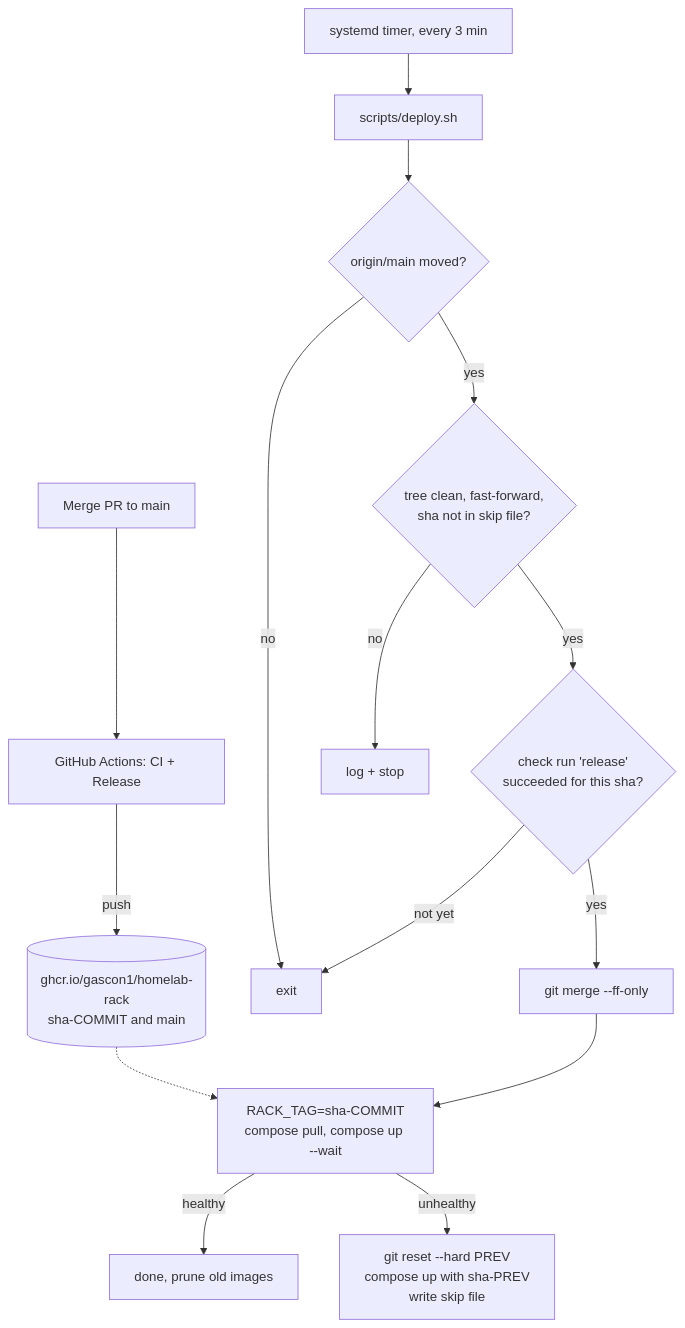
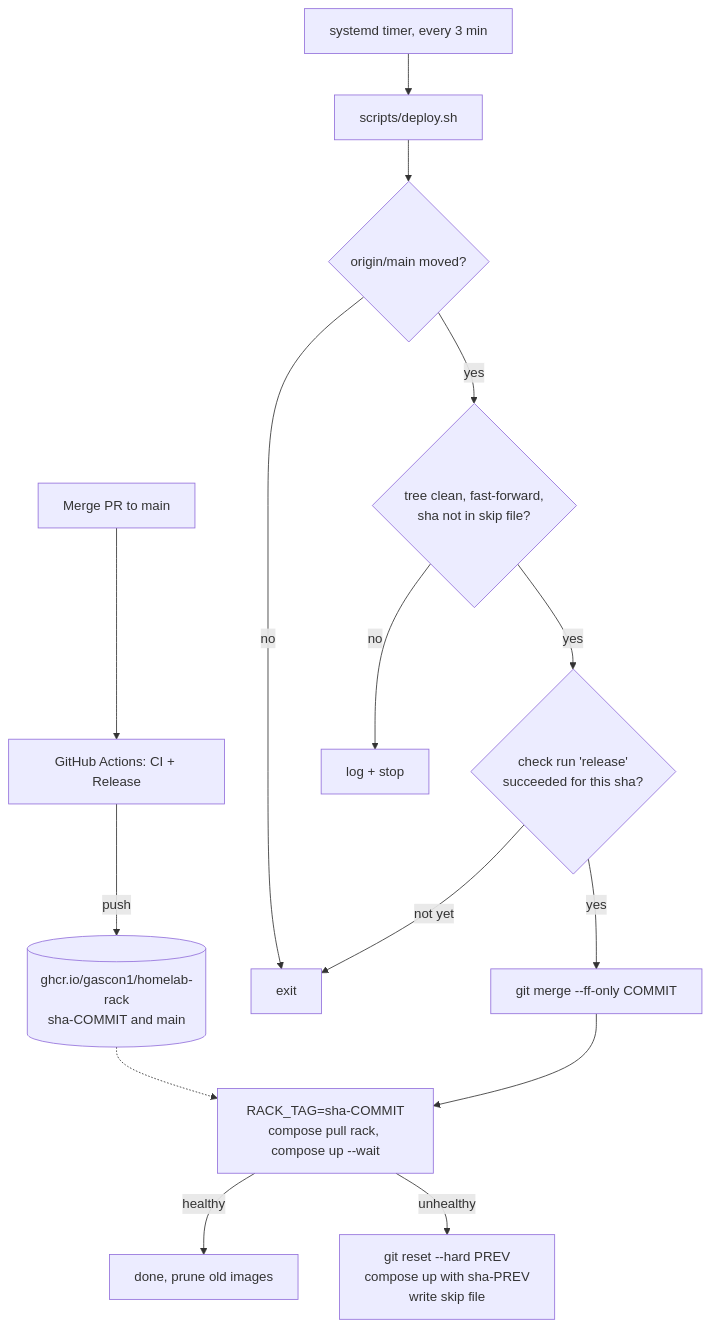
The diagram in docs/deploy.md (Gascon1/homelab), drawn with Mermaid before and after one commit. The commit also changed other lines of this file and 9 other files, not shown here.

````diff
--- a/docs/deploy.md
+++ b/docs/deploy.md
@@ -9,17 +9,17 @@
 ```mermaid
 flowchart TD
     PR[Merge PR to main] --> CI[GitHub Actions: CI + Release]
     CI -->|push| GHCR[(ghcr.io/gascon1/homelab-rack<br/>sha-COMMIT and main)]
     T[systemd timer, every 3 min] --> D[scripts/deploy.sh]
     D --> F{origin/main moved?}
     F -- no --> Z[exit]
     F -- yes --> S{tree clean, fast-forward,<br/>sha not in skip file?}
     S -- no --> R1[log + stop]
     S -- yes --> G{check run 'release'<br/>succeeded for this sha?}
     G -- not yet --> Z
-    G -- yes --> M[git merge --ff-only]
-    M --> P[RACK_TAG=sha-COMMIT<br/>compose pull, compose up --wait]
+    G -- yes --> M[git merge --ff-only COMMIT]
+    M --> P[RACK_TAG=sha-COMMIT<br/>compose pull rack, compose up --wait]
     GHCR -.-> P
     P -- healthy --> OK[done, prune old images]
     P -- unhealthy --> RB[git reset --hard PREV<br/>compose up with sha-PREV<br/>write skip file]
 ```
````
